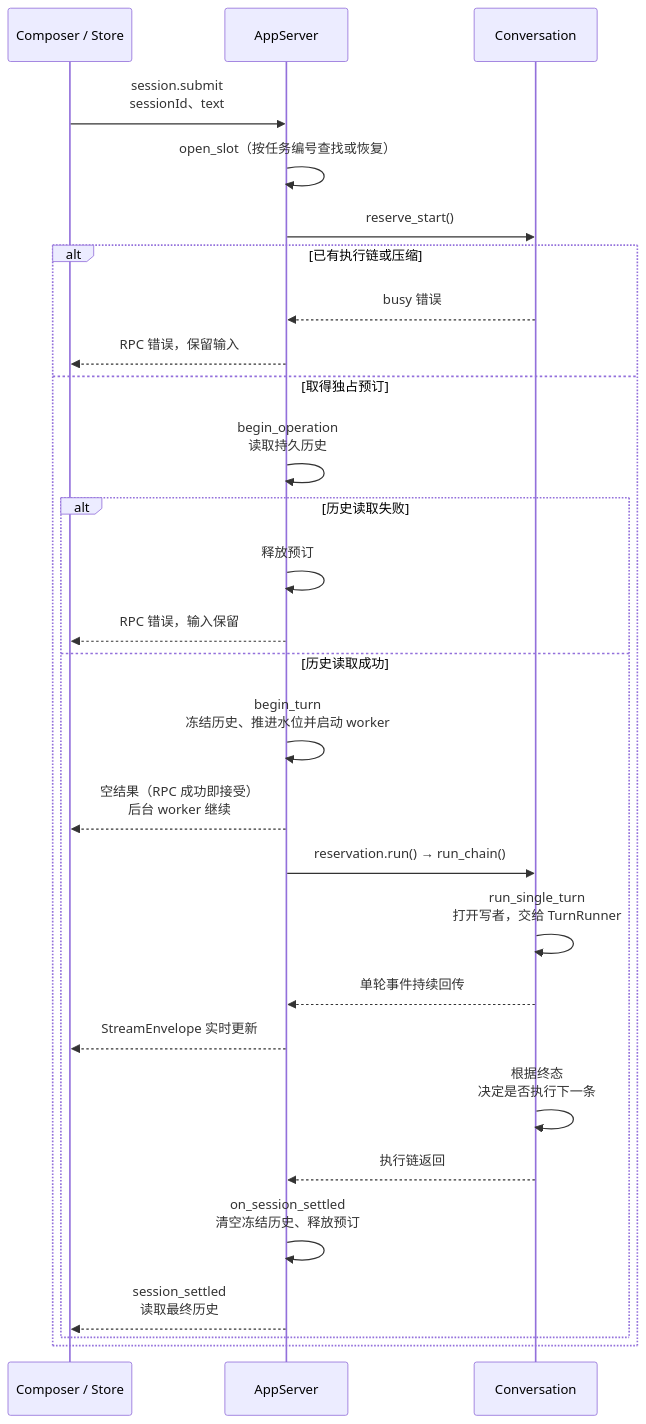
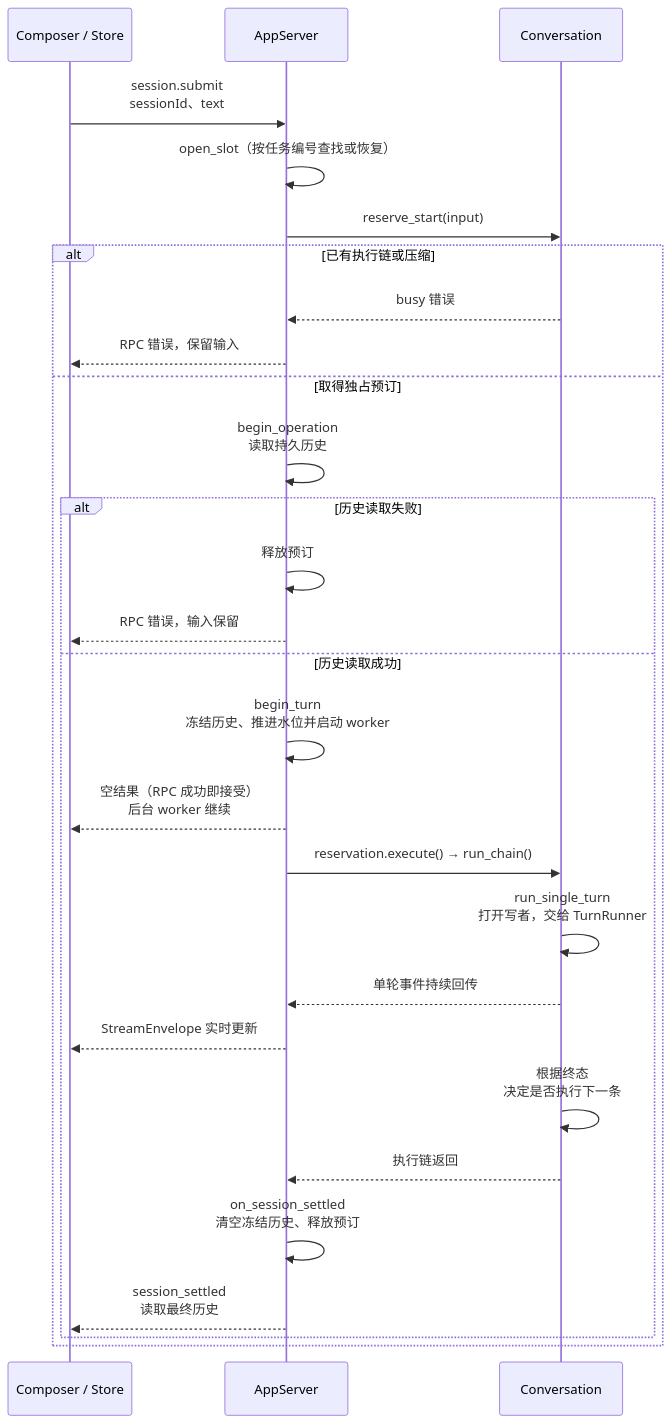
Before and after one commit to qjcnmd/singularity-agent: diagram 12 of 29 in docs/architecture.md, drawn with Mermaid. The commit also changed other lines of this file and 38 other files, not shown here.

````diff
--- a/docs/architecture.md
+++ b/docs/architecture.md
@@ -333,30 +333,30 @@
 ```mermaid
 sequenceDiagram
     participant UI as Composer / Store
     participant WB as AppServer
     participant Conv as Conversation
     UI->>WB: session.submit<br/>sessionId、text
     WB->>WB: open_slot（按任务编号查找或恢复）
-    WB->>Conv: reserve_start()
+    WB->>Conv: reserve_start(input)
     alt 已有执行链或压缩
         Conv-->>WB: busy 错误
         WB-->>UI: RPC 错误，保留输入
     else 取得独占预订
         WB->>WB: begin_operation<br/>读取持久历史
         alt 历史读取失败
             WB->>WB: 释放预订
             WB-->>UI: RPC 错误，输入保留
         else 历史读取成功
             WB->>WB: begin_turn<br/>冻结历史、推进水位并启动 worker
             WB-->>UI: 空结果（RPC 成功即接受）<br/>后台 worker 继续
-            WB->>Conv: reservation.run() → run_chain()
+            WB->>Conv: reservation.execute() → run_chain()
             Conv->>Conv: run_single_turn<br/>打开写者，交给 TurnRunner
             Conv-->>WB: 单轮事件持续回传
             WB-->>UI: StreamEnvelope 实时更新
             Conv->>Conv: 根据终态<br/>决定是否执行下一条
             Conv-->>WB: 执行链返回
             WB->>WB: on_session_settled<br/>清空冻结历史、释放预订
             WB-->>UI: session_settled<br/>读取最终历史
         end
     end
 ```
````
